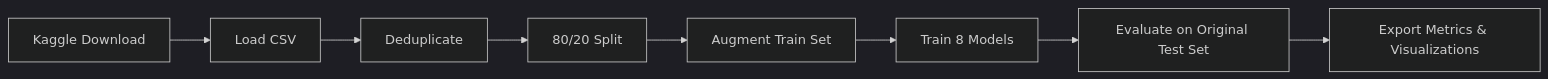
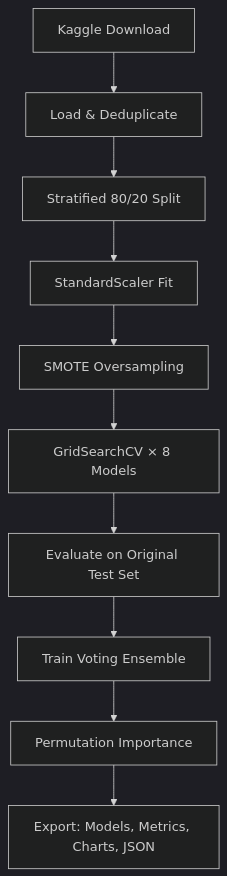
The diagram in README.md (AetherSparks/Heart_Disease_Prediction), drawn with Mermaid (dark theme) before and after one commit. The commit also changed other lines of this file and 12 other files, not shown here.

````diff
--- a/README.md
+++ b/README.md
@@ -152,10 +243,12 @@
 ```mermaid
-graph LR
-    A[Kaggle Download] --> B[Load CSV]
-    B --> C[Deduplicate]
-    C --> D[80/20 Split]
-    D --> E[Augment Train Set]
-    E --> F[Train 8 Models]
+graph TD
+    A[Kaggle Download] --> B[Load & Deduplicate]
+    B --> C[Stratified 80/20 Split]
+    C --> D[StandardScaler Fit]
+    D --> E[SMOTE Oversampling]
+    E --> F[GridSearchCV × 8 Models]
     F --> G[Evaluate on Original Test Set]
-    G --> H[Export Metrics & Visualizations]
+    G --> H[Train Voting Ensemble]
+    H --> I[Permutation Importance]
+    I --> J[Export: Models, Metrics, Charts, JSON]
 ```
````
